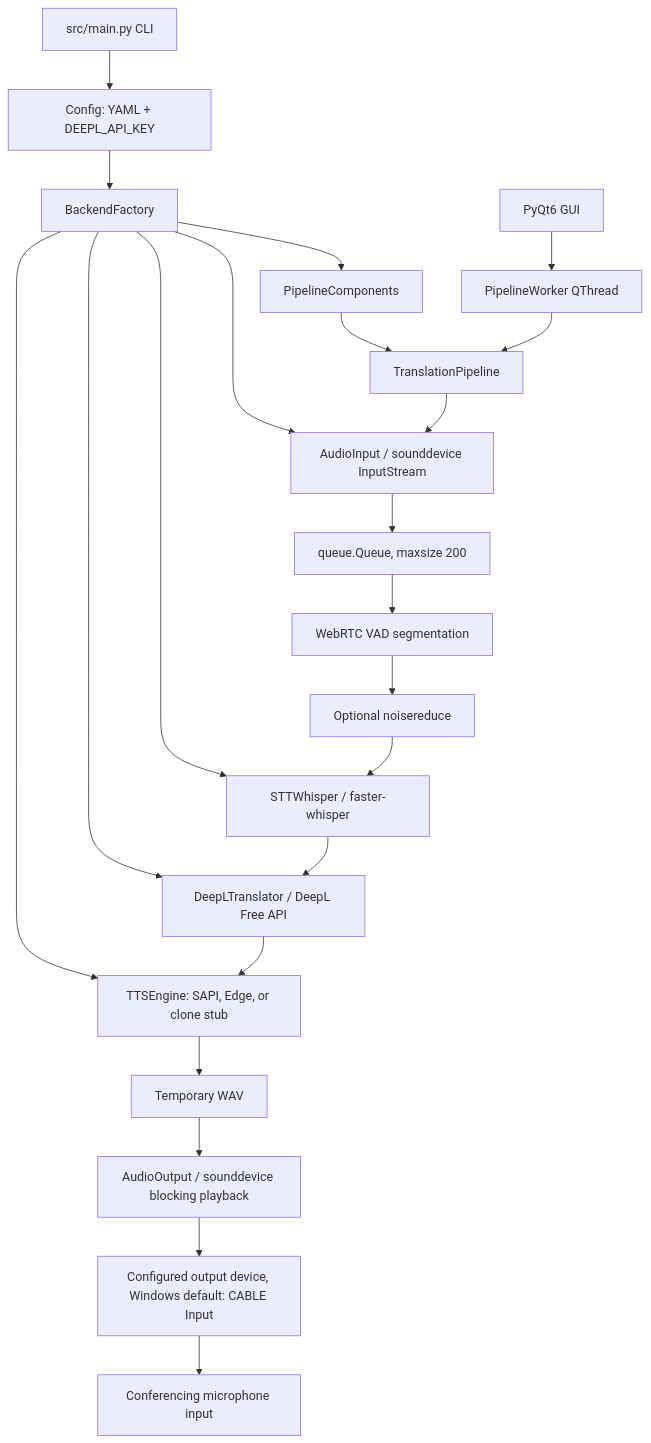
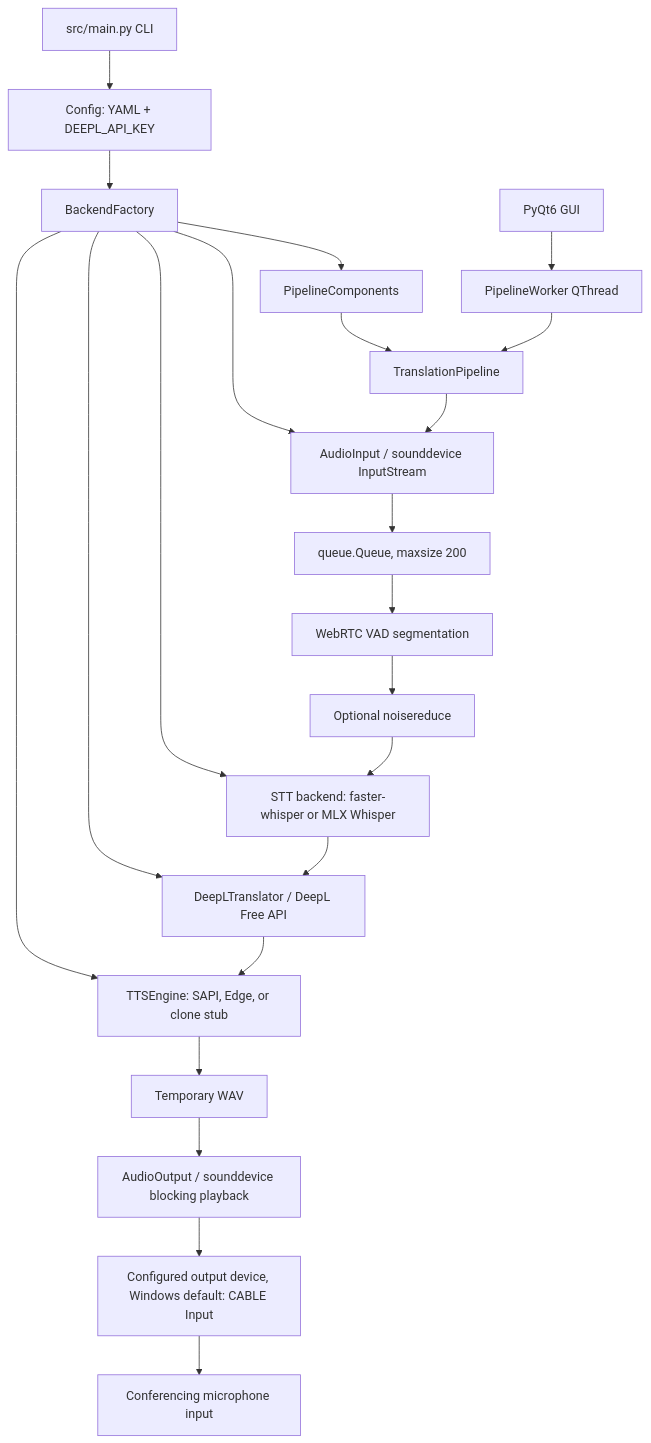
The diagram in docs/ARCHITECTURE.md (bulsahkecici/live-meeting-translator), drawn with Mermaid before and after one commit. The commit also changed other lines of this file and 14 other files, not shown here.

First line of the commit message:
Add Apple Silicon MLX Whisper backend

````diff
--- a/docs/ARCHITECTURE.md
+++ b/docs/ARCHITECTURE.md
@@ -11,24 +11,24 @@
 ```mermaid
 flowchart TD
     CLI["src/main.py CLI"] --> Config["Config: YAML + DEEPL_API_KEY"]
     GUI["PyQt6 GUI"] --> Worker["PipelineWorker QThread"]
     Config --> Factory["BackendFactory"]
     Factory --> Components["PipelineComponents"]
     Components --> Pipeline["TranslationPipeline"]
     Worker --> Pipeline
     Factory --> Input["AudioInput / sounddevice InputStream"]
-    Factory --> STT["STTWhisper / faster-whisper"]
+    Factory --> STT["STT backend: faster-whisper or MLX Whisper"]
     Factory --> DeepL["DeepLTranslator / DeepL Free API"]
     Factory --> TTS["TTSEngine: SAPI, Edge, or clone stub"]
     Pipeline --> Input
     Input --> CaptureQueue["queue.Queue, maxsize 200"]
     CaptureQueue --> VAD["WebRTC VAD segmentation"]
     VAD --> Noise["Optional noisereduce"]
     Noise --> STT
     STT --> DeepL
     DeepL --> TTS
     TTS --> WAV["Temporary WAV"]
     WAV --> Output["AudioOutput / sounddevice blocking playback"]
     Output --> Cable["Configured output device, Windows default: CABLE Input"]
     Cable --> Conference["Conferencing microphone input"]
 ```
````
